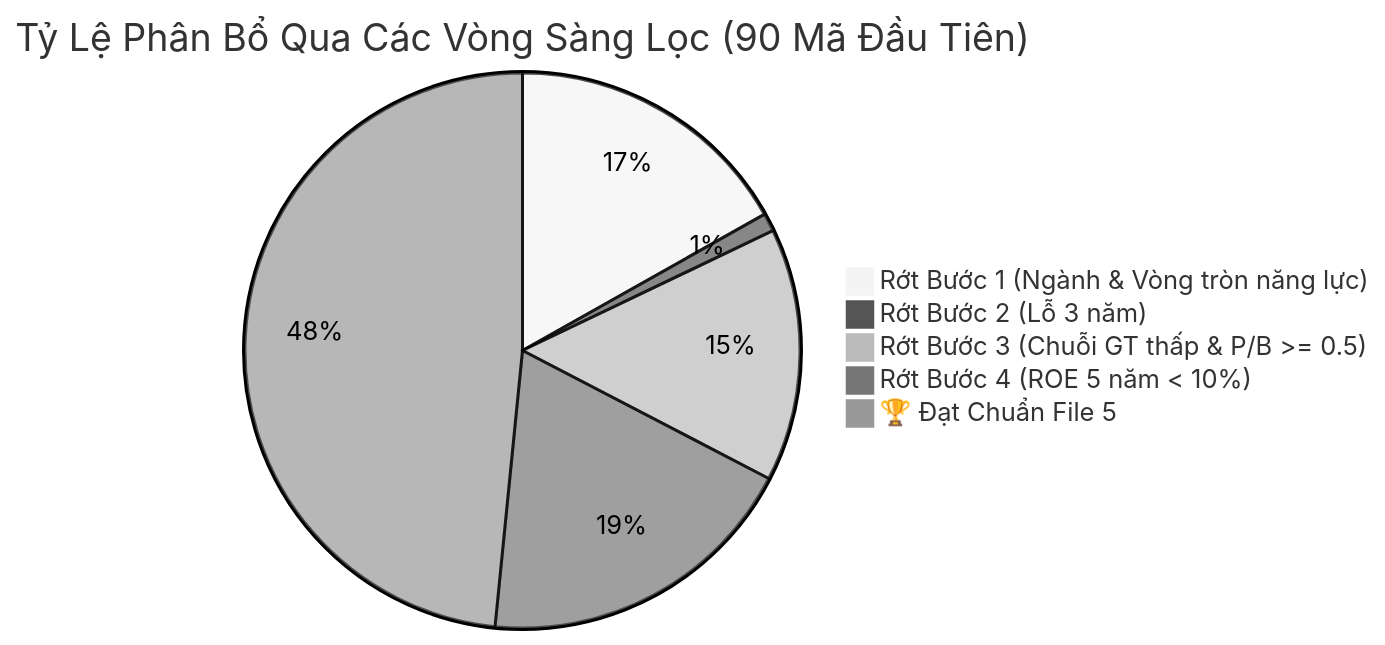
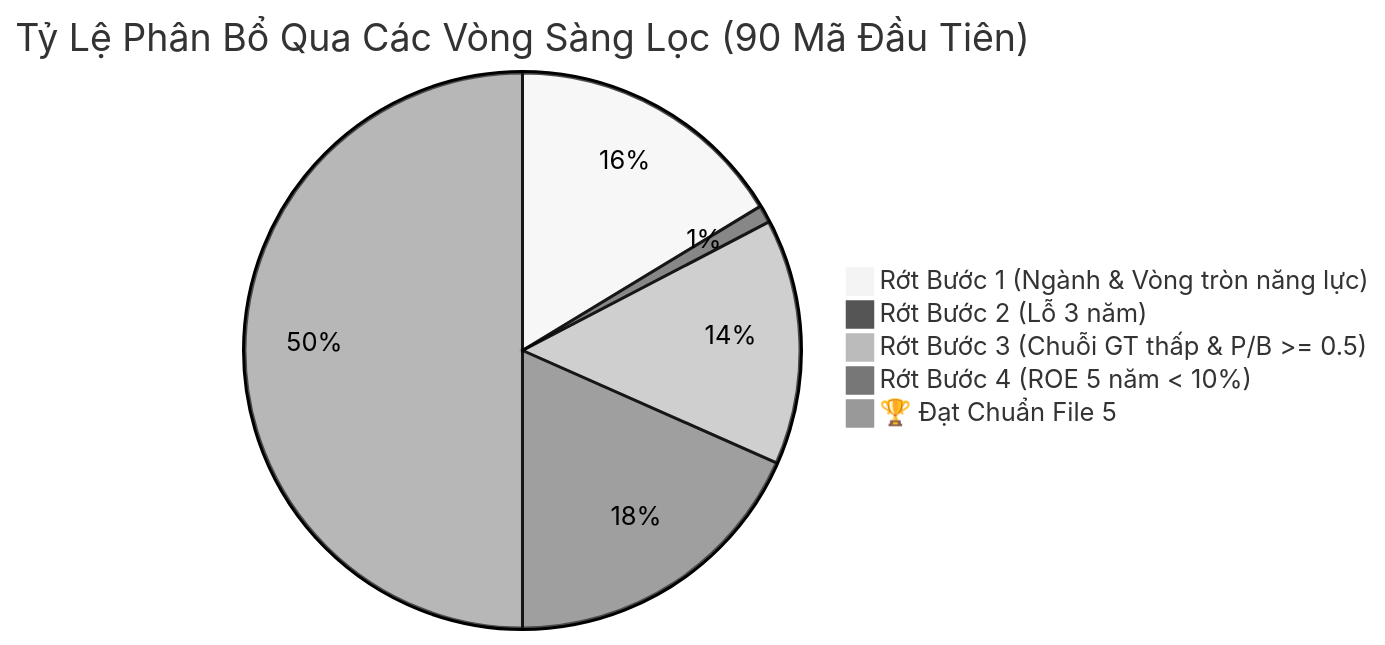
One commit to lenhan1102/pdf-analyzer changed the diagram in screenings/screening_dashboard.md. Above: the diagram before and after it, drawn with Mermaid (neutral theme). The commit also changed other lines of this file and 8 other files, not shown here.

````diff
--- a/screenings/screening_dashboard.md
+++ b/screenings/screening_dashboard.md
@@ -9,8 +9,8 @@
 ```mermaid
 pie title Tỷ Lệ Phân Bổ Qua Các Vòng Sàng Lọc (90 Mã Đầu Tiên)
     "Rớt Bước 1 (Ngành & Vòng tròn năng lực)" : 16
     "Rớt Bước 2 (Lỗ 3 năm)" : 1
     "Rớt Bước 3 (Chuỗi GT thấp & P/B >= 0.5)" : 14
     "Rớt Bước 4 (ROE 5 năm < 10%)" : 18
-    "🏆 Đạt Chuẩn File 5" : 46
+    "🏆 Đạt Chuẩn File 5" : 49
 ```
````
